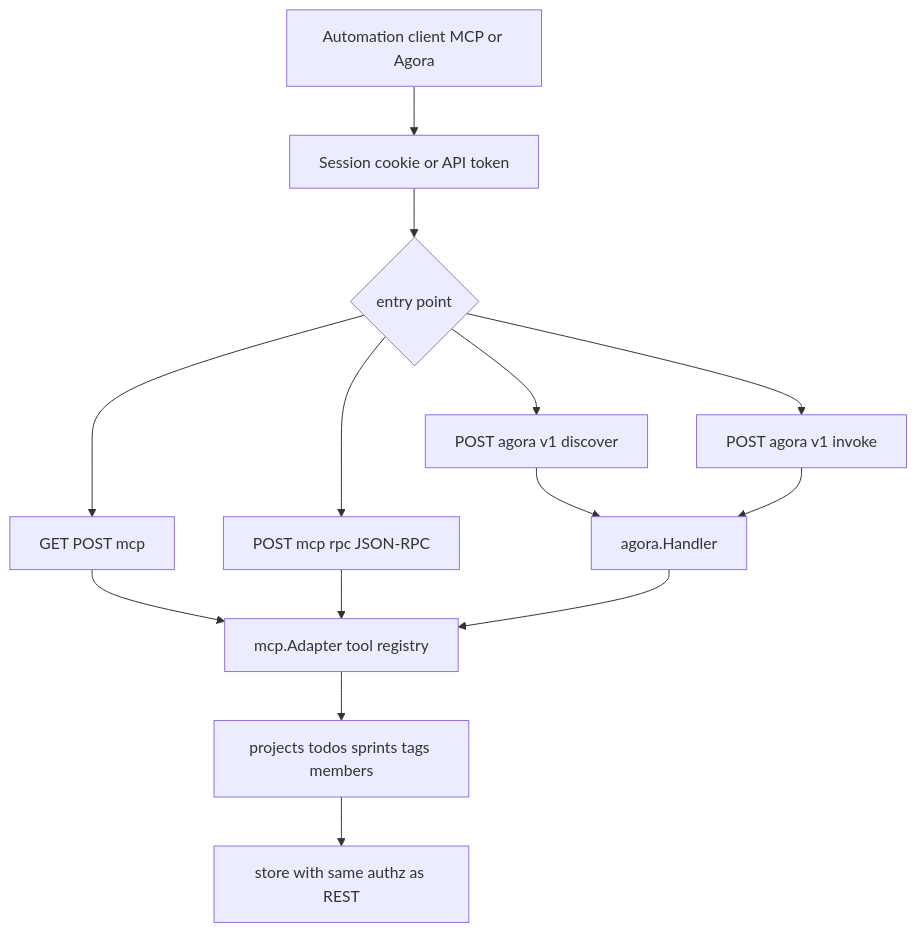
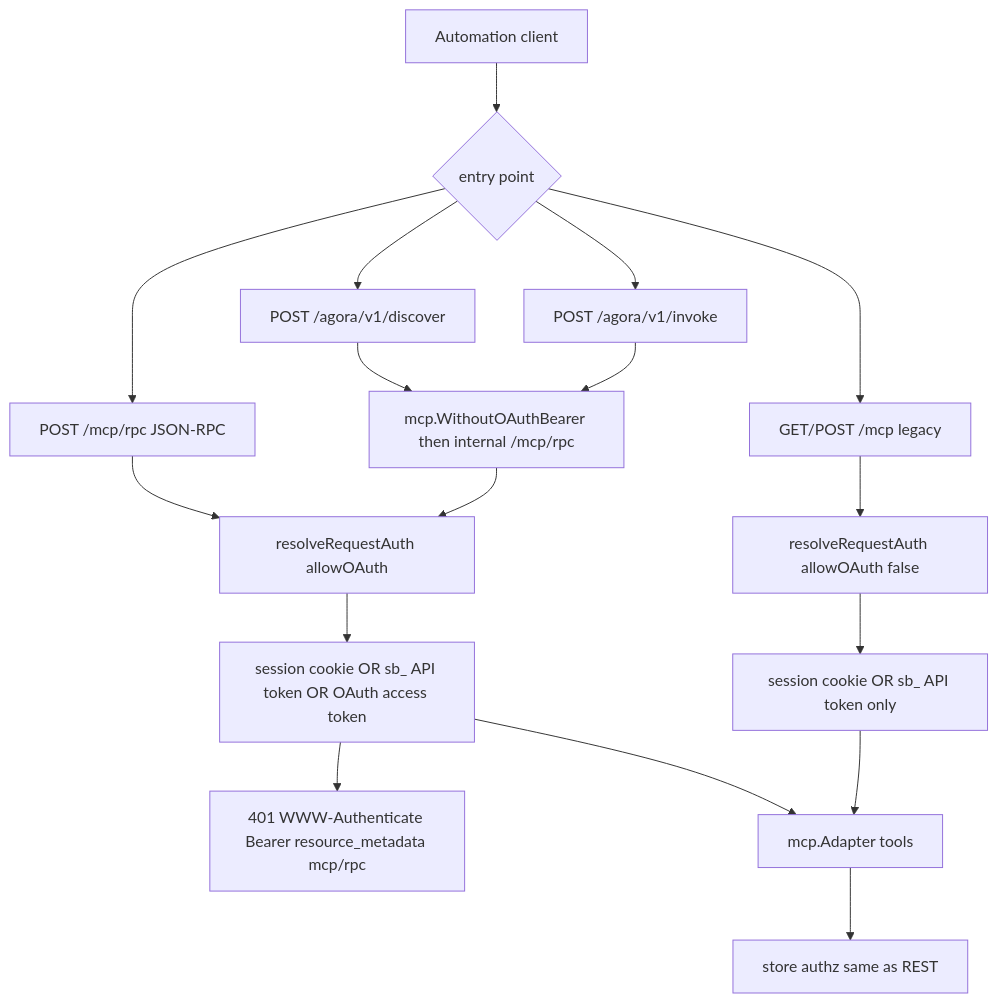
Before and after one commit to bhardwajRahul/scrumboy: the diagram in docs/diagrams/scrumboy_mcp_agora.md, drawn with Mermaid. The commit also changed other lines of this file and 38 other files, not shown here.

````diff
--- a/docs/diagrams/scrumboy_mcp_agora.md
+++ b/docs/diagrams/scrumboy_mcp_agora.md
@@ -5,22 +5,24 @@
 ```mermaid
 flowchart TB
-  Client[Automation client MCP or Agora]
-  AuthC[Session cookie or API token]
+  Client[Automation client]
+  Client --> Entry{entry point}
 
-  Client --> AuthC
-  AuthC --> Entry{entry point}
+  Entry --> McpRpc["POST /mcp/rpc JSON-RPC"]
+  Entry --> McpRoot["GET/POST /mcp legacy"]
+  Entry --> AgoraD["POST /agora/v1/discover"]
+  Entry --> AgoraI["POST /agora/v1/invoke"]
 
-  Entry --> McpRoot["GET POST mcp"]
-  Entry --> McpRpc["POST mcp rpc JSON-RPC"]
-  Entry --> AgoraD["POST agora v1 discover"]
-  Entry --> AgoraI["POST agora v1 invoke"]
+  McpRpc --> AuthRpc["resolveRequestAuth allowOAuth"]
+  McpRoot --> AuthLeg["resolveRequestAuth allowOAuth false"]
+  AgoraD --> Strip["mcp.WithoutOAuthBearer then internal /mcp/rpc"]
+  AgoraI --> Strip
 
-  McpRoot --> Adapter[mcp.Adapter tool registry]
-  McpRpc --> Adapter
-  AgoraD --> AgoraH[agora.Handler]
-  AgoraI --> AgoraH
-  AgoraH --> Adapter
+  AuthRpc --> CredRpc["session cookie OR sb_ API token OR OAuth access token"]
+  AuthLeg --> CredLeg["session cookie OR sb_ API token only"]
+  Strip --> AuthRpc
 
-  Adapter --> Tools[projects todos sprints tags members]
-  Tools --> Store[store with same authz as REST]
+  CredRpc --> Chal["401 WWW-Authenticate Bearer resource_metadata mcp/rpc"]
+  CredRpc --> Adapter[mcp.Adapter tools]
+  CredLeg --> Adapter
+  Adapter --> Store[store authz same as REST]
 ```
````
